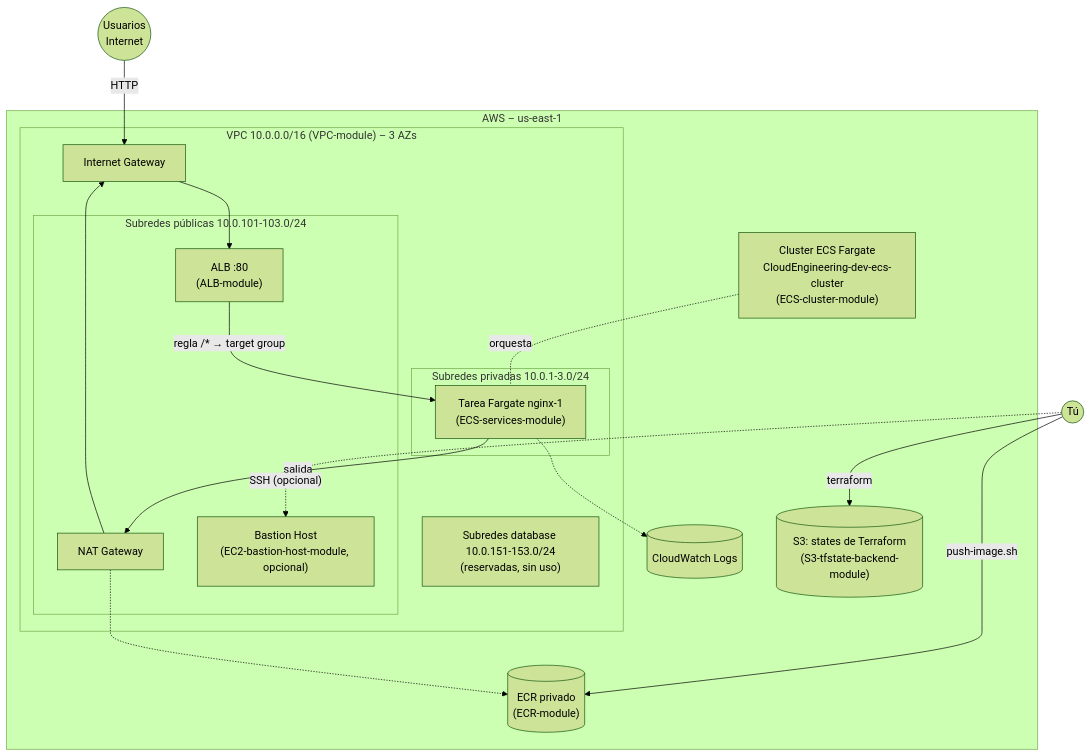
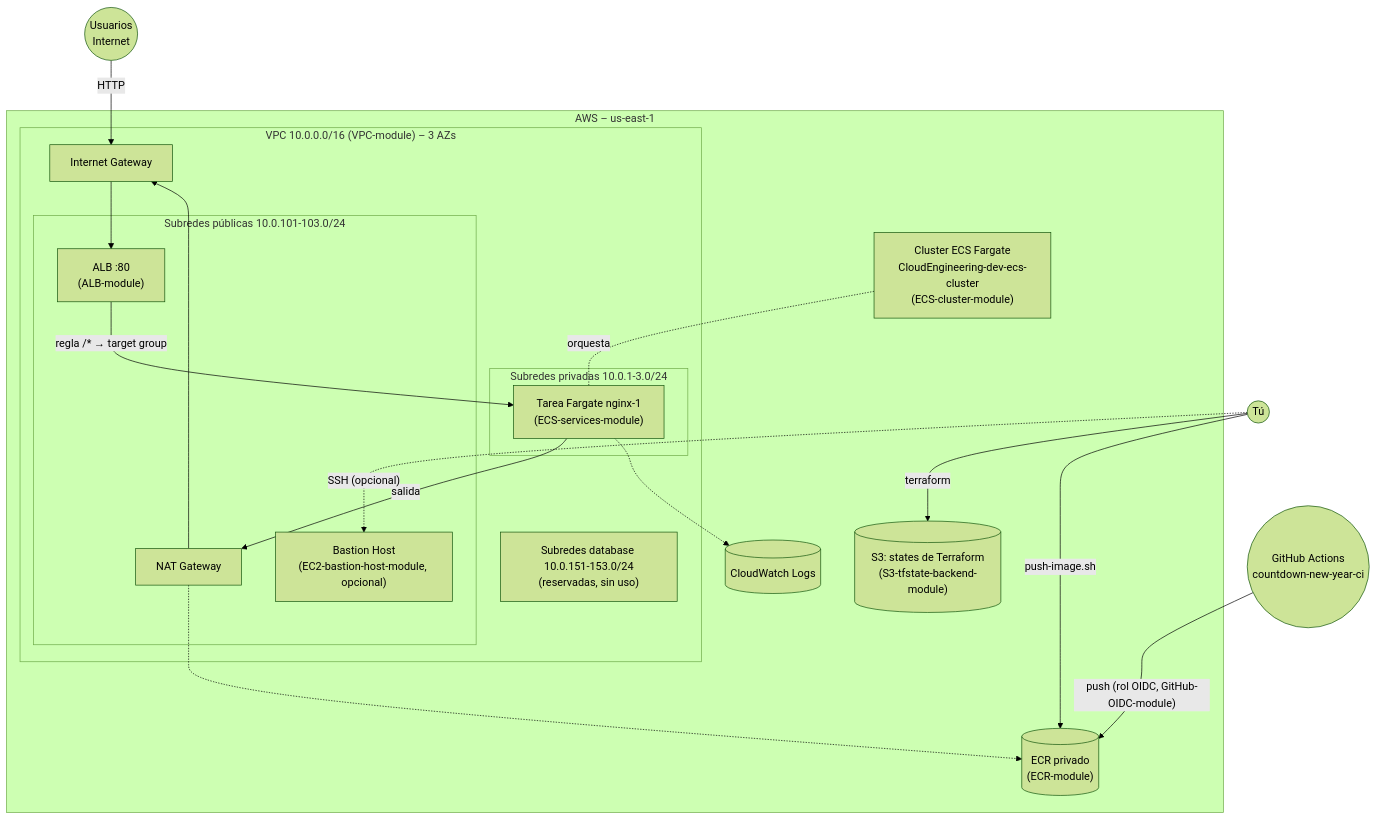
Before and after one commit to adrianjsosag/ECS-Tests: the first of 2 diagrams in Terraform/README.md, drawn with Mermaid (forest theme). The commit also changed other lines of this file and 27 other files, not shown here.

Commit message:
add CI workflow for countdown-new-year. update and correct Terraform modules

````diff
--- a/Terraform/README.md
+++ b/Terraform/README.md
@@ -30,34 +32,36 @@
 ```mermaid
 flowchart TB
     user(("Usuarios<br/>Internet"))
     dev(("Tú"))
+    gha(("GitHub Actions<br/>countdown-new-year-ci"))
 
     subgraph aws["AWS – us-east-1"]
         subgraph vpc["VPC 10.0.0.0/16 (VPC-module) – 3 AZs"]
             igw[Internet Gateway]
             subgraph pub["Subredes públicas 10.0.101-103.0/24"]
                 alb["ALB :80<br/>(ALB-module)"]
                 nat["NAT Gateway"]
                 bastion["Bastion Host<br/>(EC2-bastion-host-module, opcional)"]
             end
             subgraph priv["Subredes privadas 10.0.1-3.0/24"]
                 task["Tarea Fargate nginx-1<br/>(ECS-services-module)"]
             end
             db["Subredes database 10.0.151-153.0/24<br/>(reservadas, sin uso)"]
         end
         cluster["Cluster ECS Fargate<br/>CloudEngineering-dev-ecs-cluster<br/>(ECS-cluster-module)"]
         ecr[("ECR privado<br/>(ECR-module)")]
         cw[("CloudWatch Logs")]
         tfstate[("S3: states de Terraform<br/>(S3-tfstate-backend-module)")]
     end
 
     dev -- "terraform" --> tfstate
     dev -- "push-image.sh" --> ecr
+    gha -- "push (rol OIDC, GitHub-OIDC-module)" --> ecr
     user -- "HTTP" --> igw --> alb
     alb -- "regla /* → target group" --> task
     task -- "salida" --> nat --> igw
     nat -.-> ecr
     task -.-> cw
     cluster -. "orquesta" .- task
     dev -. "SSH (opcional)" .-> bastion
 ```
````
